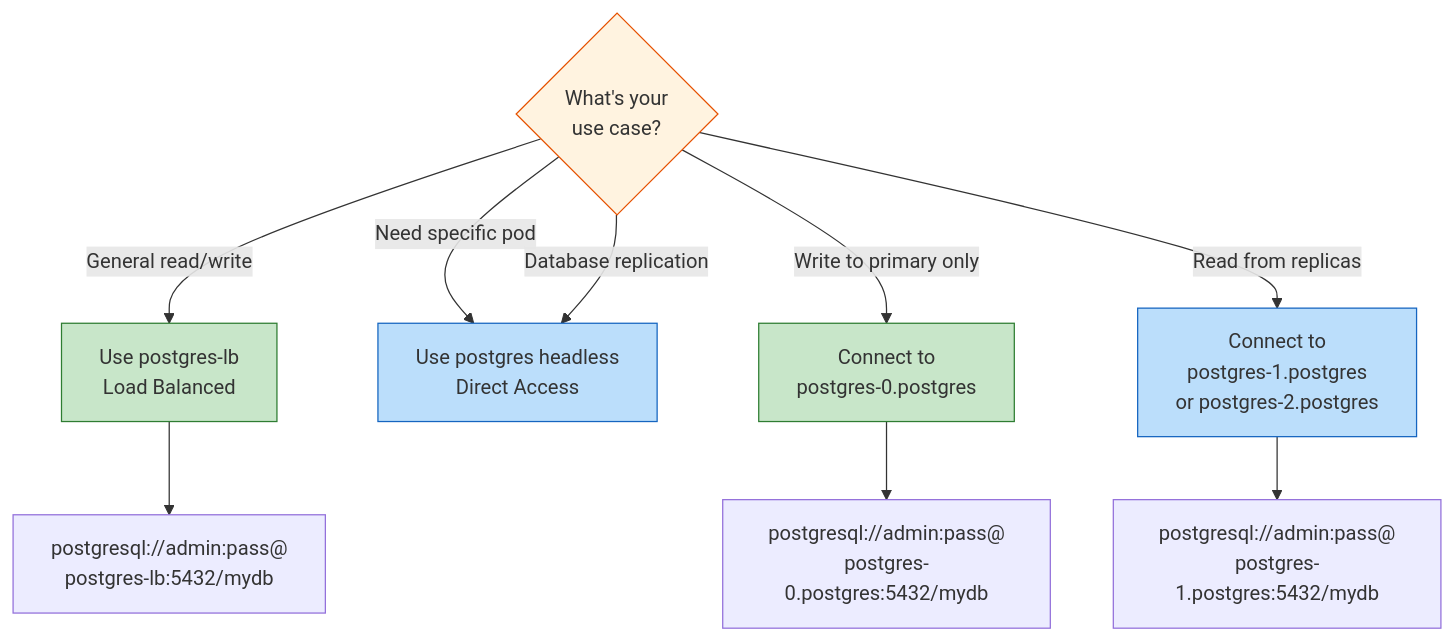
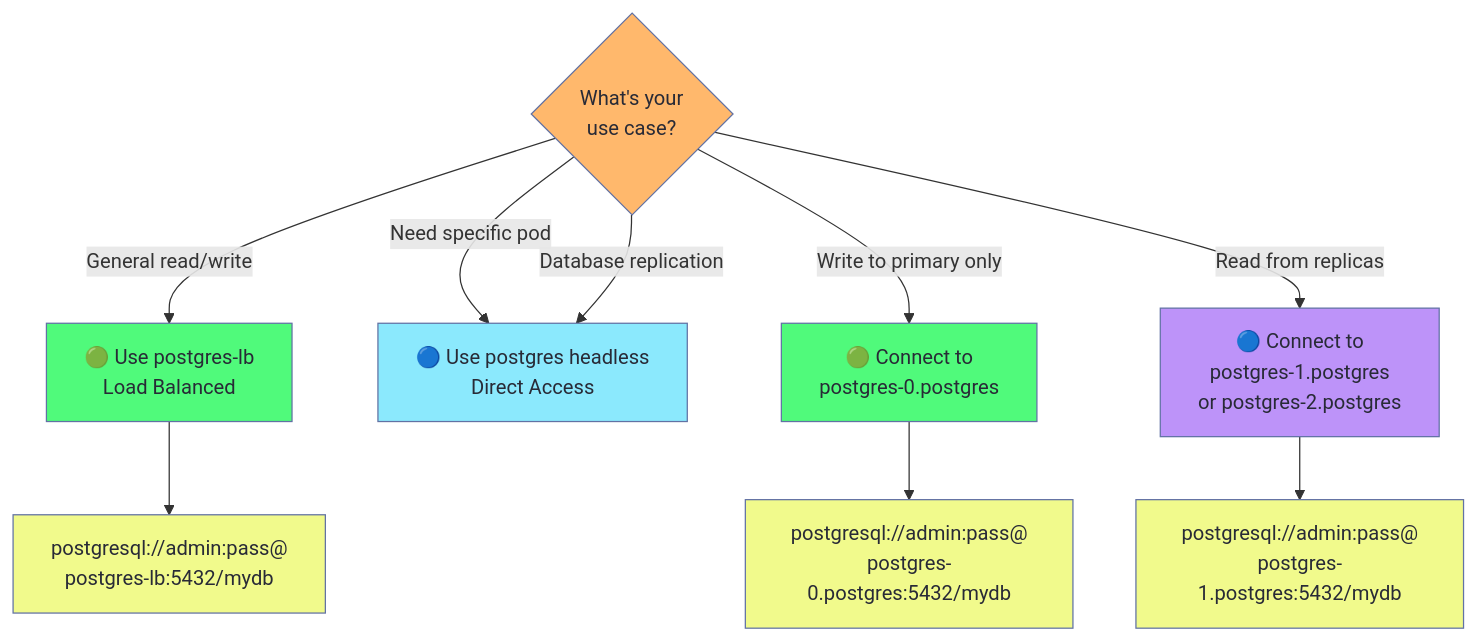
Before and after one commit to selvakumarperumal/k8s_minikube_learn: diagram 17 of 17 in Workload_and_Application_Management/statefulset-postgresql-explained.md, drawn with Mermaid. The commit also changed other lines of this file, not shown here.

Commit message:
Update flowchart diagrams with Dracula theme colors and dark text for visibility

````diff
--- a/Workload_and_Application_Management/statefulset-postgresql-explained.md
+++ b/Workload_and_Application_Management/statefulset-postgresql-explained.md
@@ -579,20 +579,23 @@
 ```mermaid
 flowchart TD
     START{What's your<br/>use case?}
     
-    START -->|"General read/write"| LB[Use postgres-lb<br/>Load Balanced]
-    START -->|"Need specific pod"| DIRECT[Use postgres headless<br/>Direct Access]
+    START -->|"General read/write"| LB[🟢 Use postgres-lb<br/>Load Balanced]
+    START -->|"Need specific pod"| DIRECT[🔵 Use postgres headless<br/>Direct Access]
     START -->|"Database replication"| DIRECT
-    START -->|"Write to primary only"| PRIMARY[Connect to<br/>postgres-0.postgres]
-    START -->|"Read from replicas"| REPLICA[Connect to<br/>postgres-1.postgres<br/>or postgres-2.postgres]
+    START -->|"Write to primary only"| PRIMARY[🟢 Connect to<br/>postgres-0.postgres]
+    START -->|"Read from replicas"| REPLICA[🔵 Connect to<br/>postgres-1.postgres<br/>or postgres-2.postgres]
     
     LB --> LB_EX["postgresql://admin:pass@<br/>postgres-lb:5432/mydb"]
     PRIMARY --> PRIMARY_EX["postgresql://admin:pass@<br/>postgres-0.postgres:5432/mydb"]
     REPLICA --> REPLICA_EX["postgresql://admin:pass@<br/>postgres-1.postgres:5432/mydb"]
     
-    style START fill:#fff3e0,stroke:#e65100
-    style LB fill:#c8e6c9,stroke:#2e7d32
-    style DIRECT fill:#bbdefb,stroke:#1565c0
-    style PRIMARY fill:#c8e6c9,stroke:#2e7d32
-    style REPLICA fill:#bbdefb,stroke:#1565c0
+    style START fill:#ffb86c,stroke:#6272a4,color:#282a36
+    style LB fill:#50fa7b,stroke:#6272a4,color:#282a36
+    style DIRECT fill:#8be9fd,stroke:#6272a4,color:#282a36
+    style PRIMARY fill:#50fa7b,stroke:#6272a4,color:#282a36
+    style REPLICA fill:#bd93f9,stroke:#6272a4,color:#282a36
+    style LB_EX fill:#f1fa8c,stroke:#6272a4,color:#282a36
+    style PRIMARY_EX fill:#f1fa8c,stroke:#6272a4,color:#282a36
+    style REPLICA_EX fill:#f1fa8c,stroke:#6272a4,color:#282a36
 ```
````
